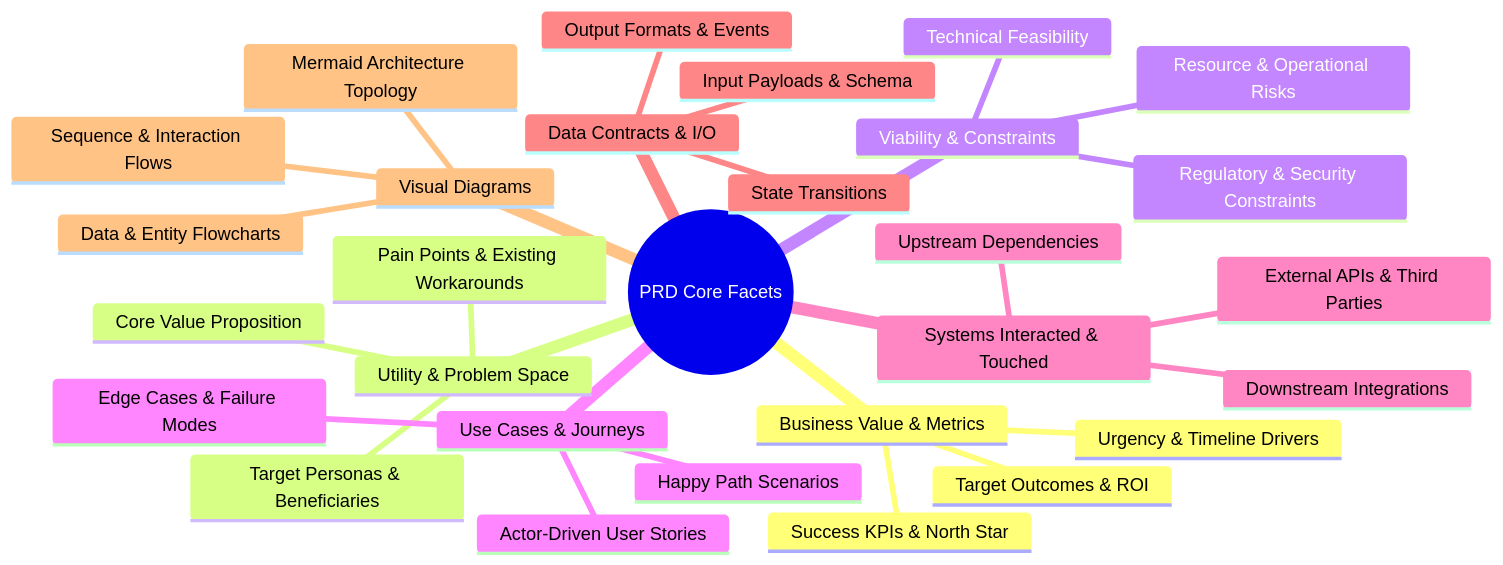
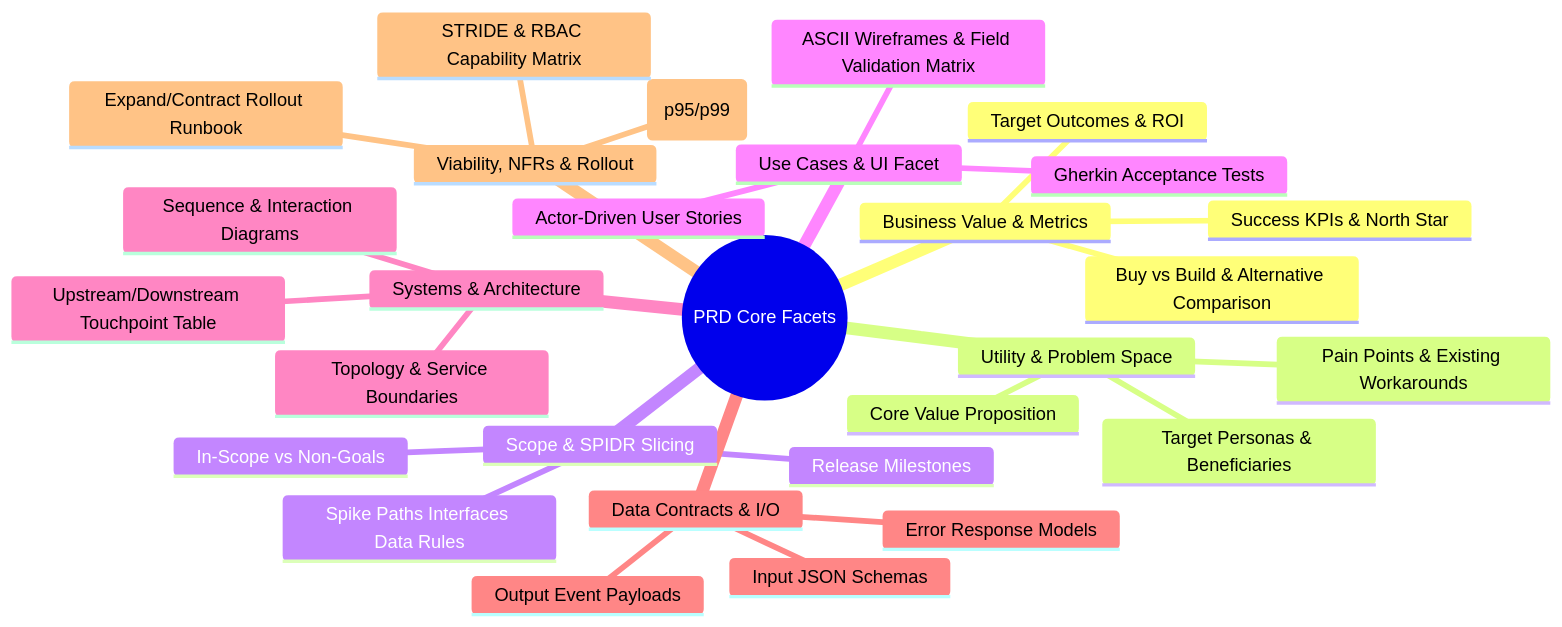
One commit to bsommers/product-owner changed the second of 2 diagrams in SPEC.md. Above: the diagram before and after it, drawn with Mermaid. The commit also changed other lines of this file and 10 other files, not shown here.

Commit message:
feat: implement P1-P4 enhancements (NFRs, STRIDE/RBAC, UI wireframes, SPIDR slicing, rollout runbook)

````diff
--- a/SPEC.md
+++ b/SPEC.md
@@ -52,32 +52,32 @@
 ```mermaid
 mindmap
   root((PRD Core Facets))
     Business Value & Metrics
       Target Outcomes & ROI
       Success KPIs & North Star
-      Urgency & Timeline Drivers
+      Buy vs Build & Alternative Comparison
     Utility & Problem Space
       Target Personas & Beneficiaries
       Pain Points & Existing Workarounds
       Core Value Proposition
-    Viability & Constraints
-      Technical Feasibility
-      Resource & Operational Risks
-      Regulatory & Security Constraints
-    Use Cases & Journeys
+    Scope & SPIDR Slicing
+      In-Scope vs Non-Goals
+      Spike Paths Interfaces Data Rules
+      Release Milestones
+    Use Cases & UI Facet
       Actor-Driven User Stories
-      Happy Path Scenarios
-      Edge Cases & Failure Modes
-    Systems Interacted & Touched
-      Upstream Dependencies
-      Downstream Integrations
-      External APIs & Third Parties
+      Gherkin Acceptance Tests
+      ASCII Wireframes & Field Validation Matrix
+    Systems & Architecture
+      Topology & Service Boundaries
+      Upstream/Downstream Touchpoint Table
+      Sequence & Interaction Diagrams
     Data Contracts & I/O
-      Input Payloads & Schema
-      Output Formats & Events
-      State Transitions
-    Visual Diagrams
-      Mermaid Architecture Topology
-      Sequence & Interaction Flows
-      Data & Entity Flowcharts
+      Input JSON Schemas
+      Output Event Payloads
+      Error Response Models
+    Viability, NFRs & Rollout
+      Latency SLO Budgets (p95/p99)
+      STRIDE & RBAC Capability Matrix
+      Expand/Contract Rollout Runbook
 ```
````
